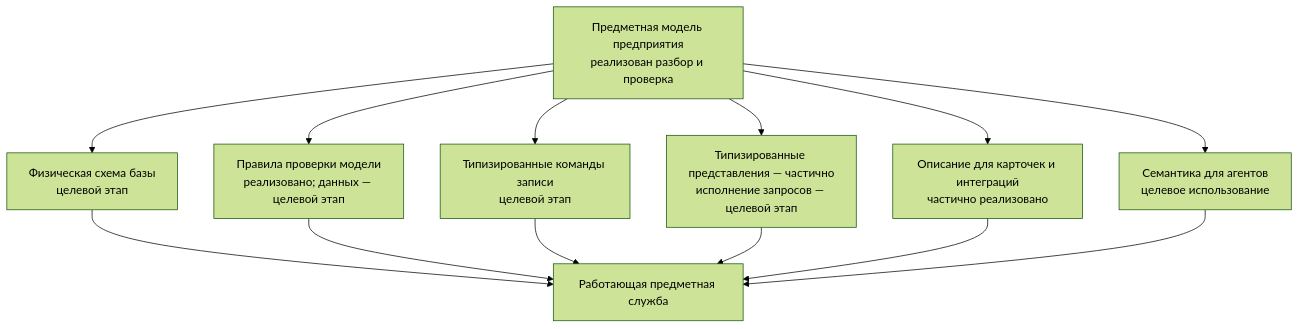
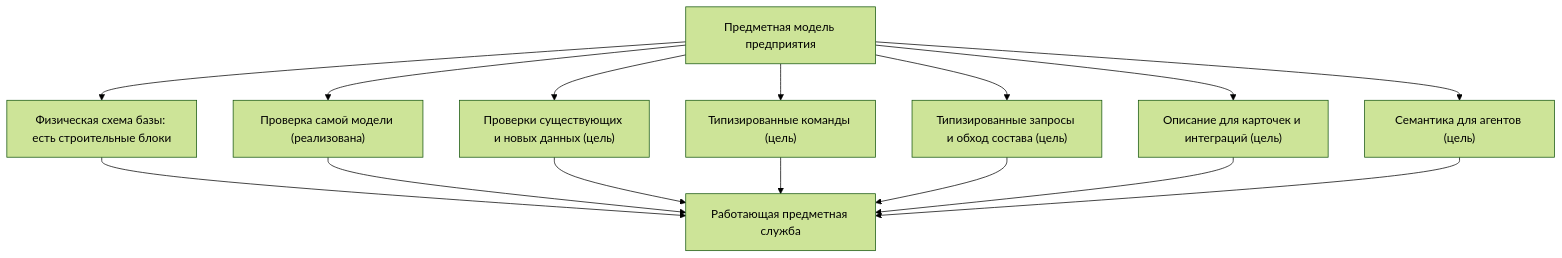
The first of 2 diagrams in docs/data-structure/15-model-to-runtime.md (ZelAnton/Interlink-product-book), drawn with Mermaid (forest theme) before and after one commit. The commit also changed other lines of this file and 231 other files, not shown here.

````diff
--- a/docs/data-structure/15-model-to-runtime.md
+++ b/docs/data-structure/15-model-to-runtime.md
@@ -13,15 +13,17 @@
 ```mermaid
 flowchart TD
-    A["Предметная модель предприятия<br/>реализован разбор и проверка"] --> B["Физическая схема базы<br/>целевой этап"]
-    A --> C["Правила проверки модели<br/>реализовано; данных — целевой этап"]
-    A --> D["Типизированные команды записи<br/>целевой этап"]
-    A --> E["Типизированные представления — частично<br/>исполнение запросов — целевой этап"]
-    A --> F["Описание для карточек и интеграций<br/>частично реализовано"]
-    A --> G["Семантика для агентов<br/>целевое использование"]
+    A["Предметная модель предприятия"] --> B["Физическая схема базы: есть строительные блоки"]
+    A --> C["Проверка самой модели (реализована)"]
+    A --> C2["Проверки существующих и новых данных (цель)"]
+    A --> D["Типизированные команды (цель)"]
+    A --> E["Типизированные запросы и обход состава (цель)"]
+    A --> F["Описание для карточек и интеграций (цель)"]
+    A --> G["Семантика для агентов (цель)"]
     B --> H["Работающая предметная служба"]
     C --> H
+    C2 --> H
     D --> H
     E --> H
     F --> H
     G --> H
 ```
````
